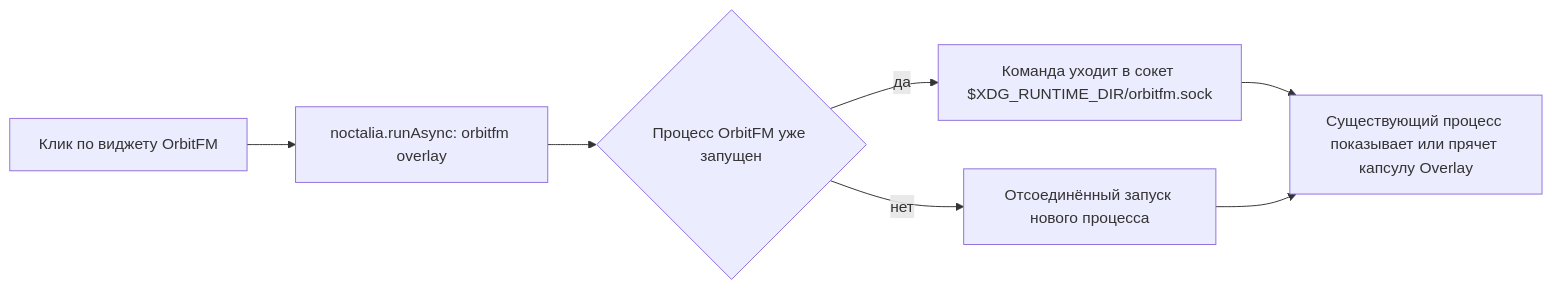
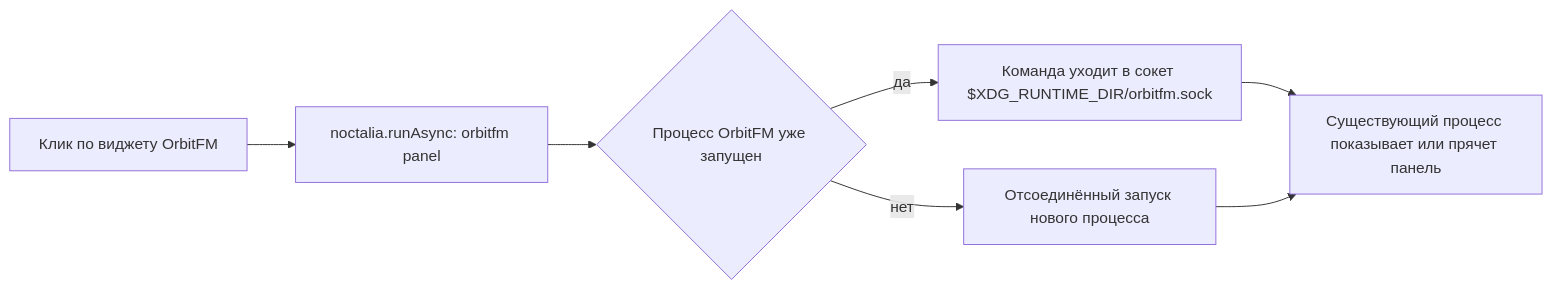
The diagram in docs/wiki/06-Noctalia.md (ModernByte/orbitfm), drawn with Mermaid before and after one commit. The commit also changed other lines of this file and 52 other files, not shown here.

````diff
--- a/docs/wiki/06-Noctalia.md
+++ b/docs/wiki/06-Noctalia.md
@@ -36,9 +37,9 @@
 ```mermaid
 flowchart LR
-    A[Клик по виджету OrbitFM] --> B["noctalia.runAsync: orbitfm overlay"]
+    A[Клик по виджету OrbitFM] --> B["noctalia.runAsync: orbitfm panel"]
     B --> C{Процесс OrbitFM уже запущен}
     C -- да --> D["Команда уходит в сокет $XDG_RUNTIME_DIR/orbitfm.sock"]
-    D --> E["Существующий процесс показывает или прячет капсулу Overlay"]
+    D --> E["Существующий процесс показывает или прячет панель"]
     C -- нет --> F["Отсоединённый запуск нового процесса"]
     F --> E
 ```
````
